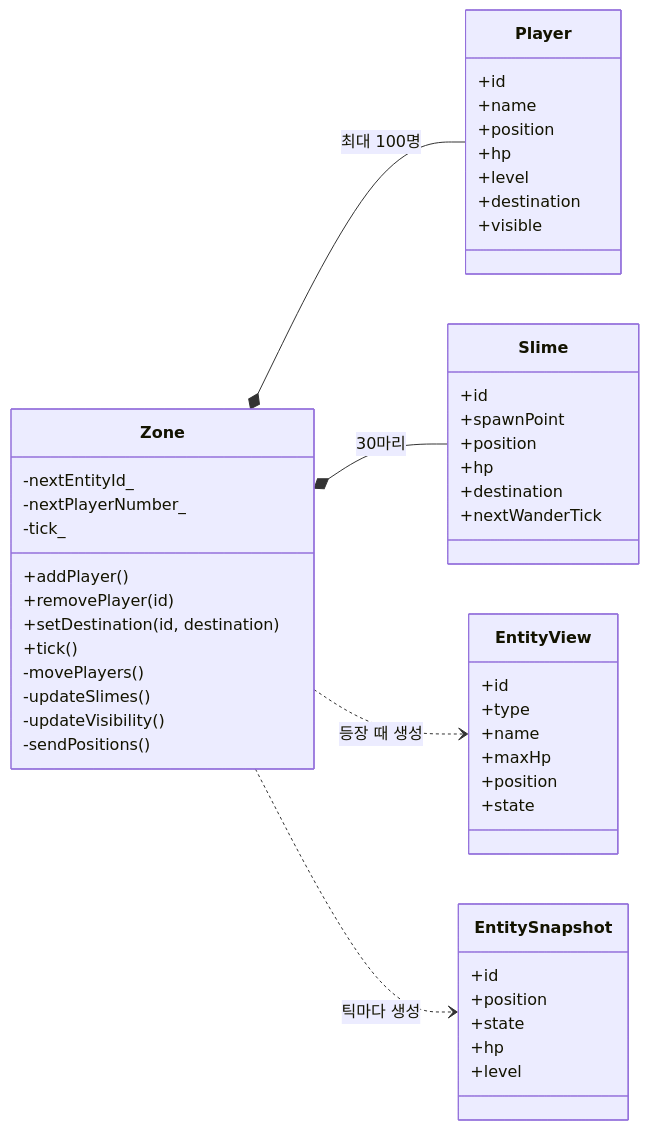
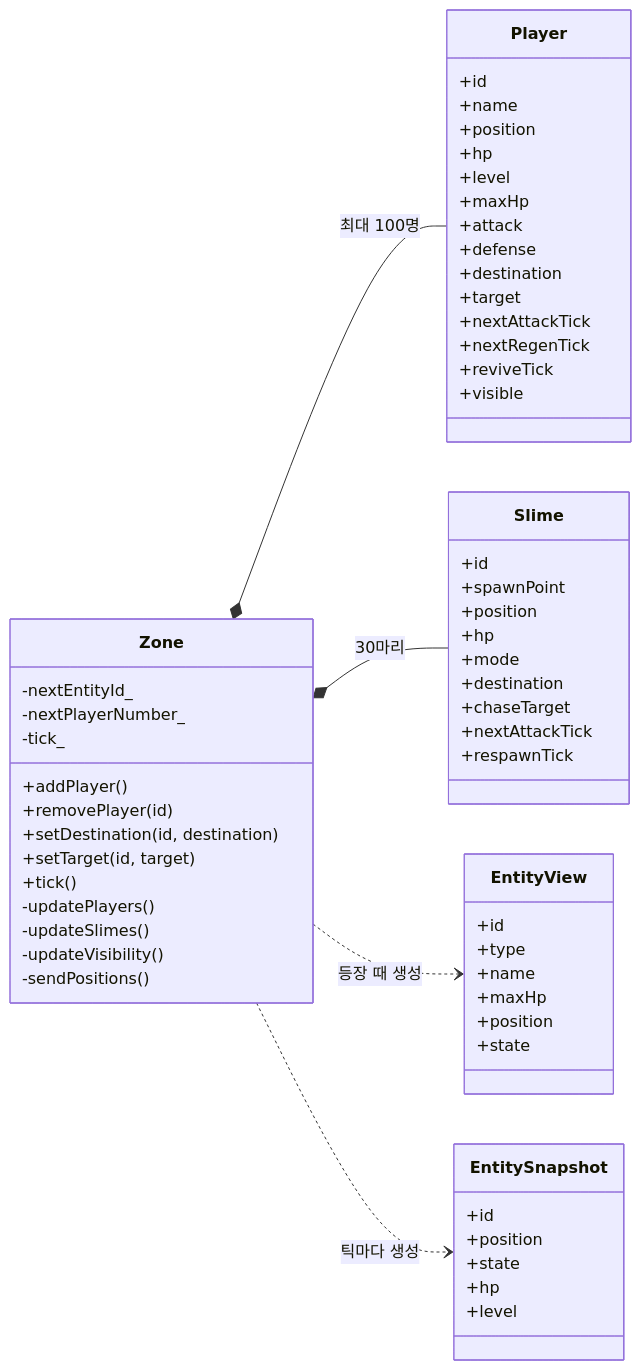
Before and after one commit to Dongs9/try_mmo_server: the diagram in docs/diagrams/src/structure-zone.mmd, drawn with Mermaid. The commit also changed 27 other files, not shown here.

```diff
--- a/docs/diagrams/src/structure-zone.mmd
+++ b/docs/diagrams/src/structure-zone.mmd
@@ -1,53 +1,64 @@
 classDiagram
     direction LR
 
     class Zone {
         -nextEntityId_
         -nextPlayerNumber_
         -tick_
         +addPlayer()
         +removePlayer(id)
         +setDestination(id, destination)
+        +setTarget(id, target)
         +tick()
-        -movePlayers()
+        -updatePlayers()
         -updateSlimes()
         -updateVisibility()
         -sendPositions()
     }
     class Player {
         +id
         +name
         +position
         +hp
         +level
+        +maxHp
+        +attack
+        +defense
         +destination
+        +target
+        +nextAttackTick
+        +nextRegenTick
+        +reviveTick
         +visible
     }
     class Slime {
         +id
         +spawnPoint
         +position
         +hp
+        +mode
         +destination
-        +nextWanderTick
+        +chaseTarget
+        +nextAttackTick
+        +respawnTick
     }
     class EntityView {
         +id
         +type
         +name
         +maxHp
         +position
         +state
     }
     class EntitySnapshot {
         +id
         +position
         +state
         +hp
         +level
     }
 
     Zone *-- Player : 최대 100명
     Zone *-- Slime : 30마리
     Zone ..> EntityView : 등장 때 생성
     Zone ..> EntitySnapshot : 틱마다 생성
```
